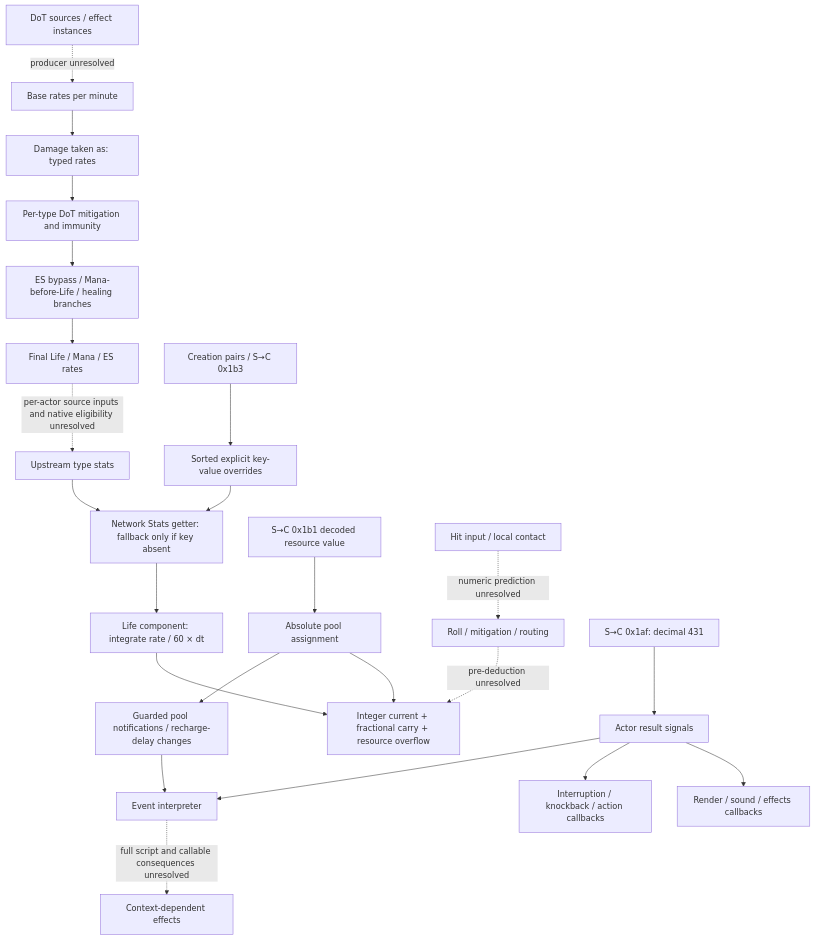
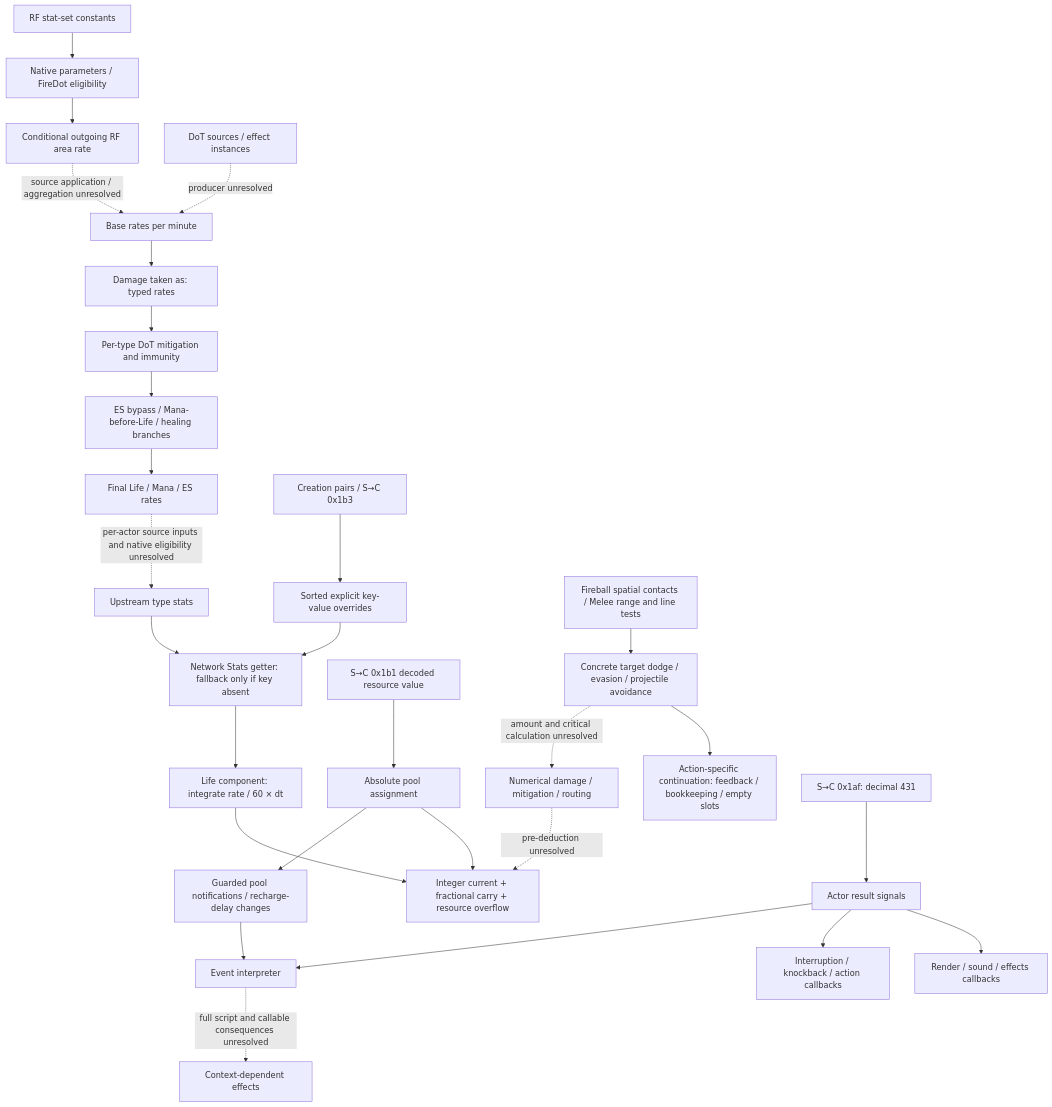
The diagram in Agents/docs/re/client-damage-calculation.md (LiuJi-Jim/LocalExile), drawn with Mermaid before and after one commit. The commit also changed other lines of this file and 12 other files, not shown here.

Commit message:
Trace client contact decisions and outgoing RF formula boundaries

````diff
--- a/Agents/docs/re/client-damage-calculation.md
+++ b/Agents/docs/re/client-damage-calculation.md
@@ -67,25 +69,30 @@
 ```mermaid
 flowchart TD
+  SKILLDATA[RF stat-set constants] --> RFPARAM[Native parameters / FireDot eligibility]
+  RFPARAM --> RFOUT[Conditional outgoing RF area rate]
+  RFOUT -. source application / aggregation unresolved .-> RAW
   SOURCES[DoT sources / effect instances] -. producer unresolved .-> RAW[Base rates per minute]
   RAW --> AS[Damage taken as: typed rates]
   AS --> MIT[Per-type DoT mitigation and immunity]
   MIT --> ROUTE[ES bypass / Mana-before-Life / healing branches]
   ROUTE --> FINAL[Final Life / Mana / ES rates]
   FINAL -. per-actor source inputs and native eligibility unresolved .-> TYPE[Upstream type stats]
   TYPE --> GET[Network Stats getter: fallback only if key absent]
   NET[Creation pairs / S→C 0x1b3] --> OVERRIDE[Sorted explicit key-value overrides]
   OVERRIDE --> GET
   GET --> TICK[Life component: integrate rate / 60 × dt]
   TICK --> POOL[Integer current + fractional carry + resource overflow]
   CORRECTION[S→C 0x1b1 decoded resource value] --> SETTER[Absolute pool assignment]
   SETTER --> POOL
   SETTER --> NOTIFY[Guarded pool notifications / recharge-delay changes]
-  HIT[Hit input / local contact] -. numeric prediction unresolved .-> HITCALC[Roll / mitigation / routing]
+  HIT[Fireball spatial contacts / Melee range and line tests] --> AVOID[Concrete target dodge / evasion / projectile avoidance]
+  AVOID --> CONTINUE[Action-specific continuation: feedback / bookkeeping / empty slots]
+  AVOID -. amount and critical calculation unresolved .-> HITCALC[Numerical damage / mitigation / routing]
   HITCALC -. pre-deduction unresolved .-> POOL
   FEEDBACK[S→C 0x1af: decimal 431] --> ACTOR[Actor result signals]
   ACTOR --> RENDER[Render / sound / effects callbacks]
   ACTOR --> CONTROL[Interruption / knockback / action callbacks]
   ACTOR --> EVENT[Event interpreter]
   NOTIFY --> EVENT
   EVENT -. full script and callable consequences unresolved .-> EFFECTS[Context-dependent effects]
 ```
````
